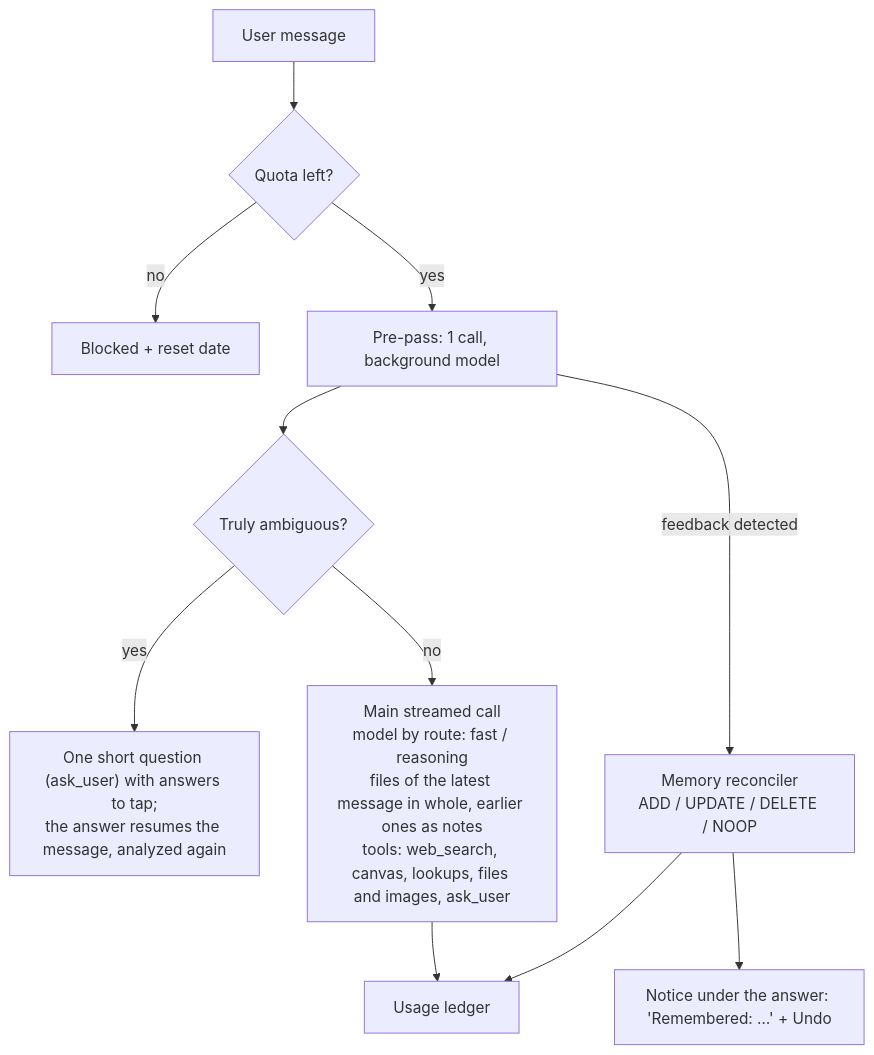
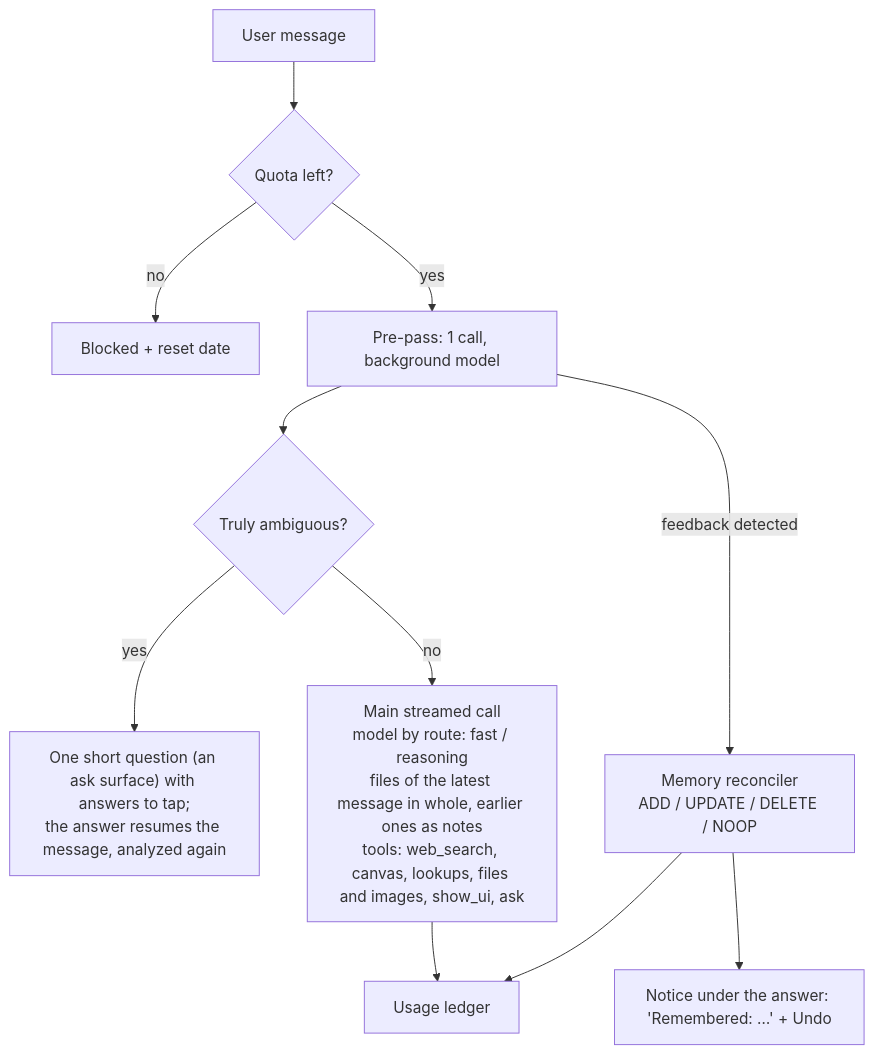
Before and after one commit to jonasroussel/open-agent: the diagram in SPEC.md, drawn with Mermaid. The commit also changed other lines of this file and 35 other files, not shown here.

````diff
--- a/SPEC.md
+++ b/SPEC.md
@@ -65,13 +65,13 @@
 ```mermaid
 flowchart TD
   A[User message] --> Q{Quota left?}
   Q -- no --> B[Blocked + reset date]
   Q -- yes --> P["Pre-pass: 1 call, background model"]
   P --> C{Truly ambiguous?}
-  C -- yes --> D["One short question (ask_user) with answers to tap;<br/>the answer resumes the message, analyzed again"]
-  C -- no --> M["Main streamed call<br/>model by route: fast / reasoning<br/>files of the latest message in whole, earlier ones as notes<br/>tools: web_search, canvas, lookups, files and images, ask_user"]
+  C -- yes --> D["One short question (an ask surface) with answers to tap;<br/>the answer resumes the message, analyzed again"]
+  C -- no --> M["Main streamed call<br/>model by route: fast / reasoning<br/>files of the latest message in whole, earlier ones as notes<br/>tools: web_search, canvas, lookups, files and images, show_ui, ask"]
   P -- feedback detected --> R["Memory reconciler<br/>ADD / UPDATE / DELETE / NOOP"]
   R --> T["Notice under the answer: 'Remembered: …' + Undo"]
   M --> U[Usage ledger]
   R --> U
 ```
````
